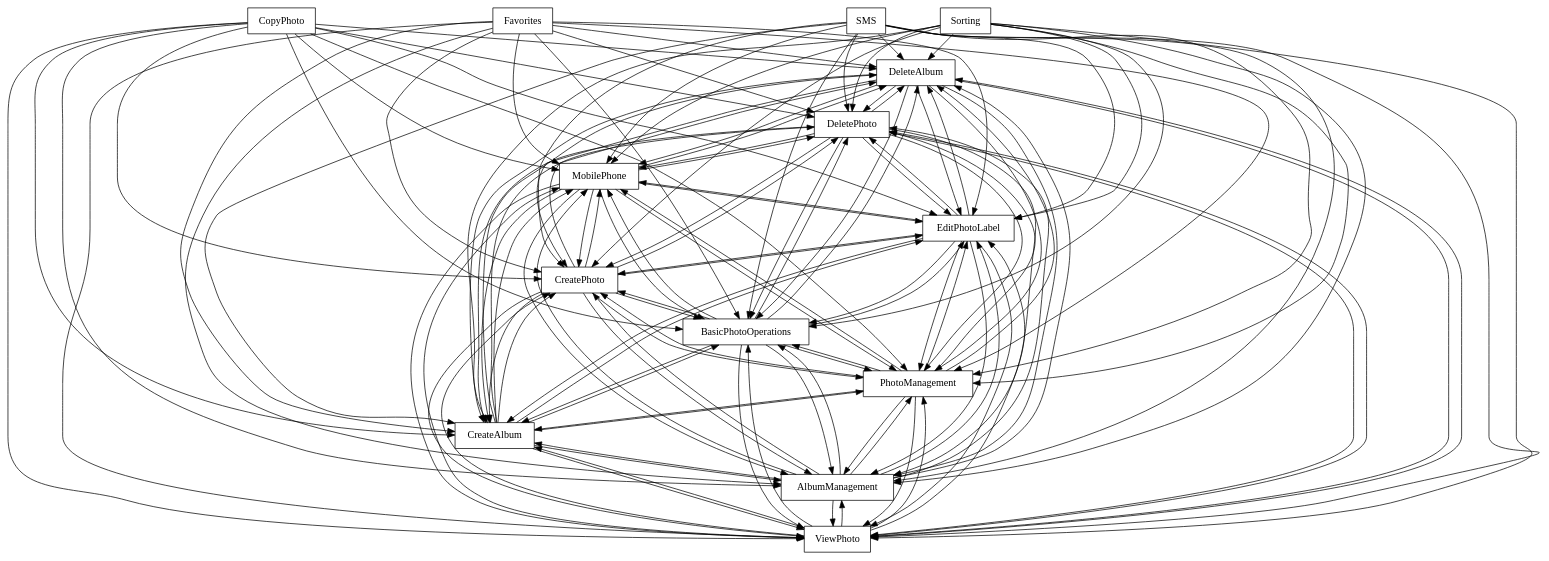
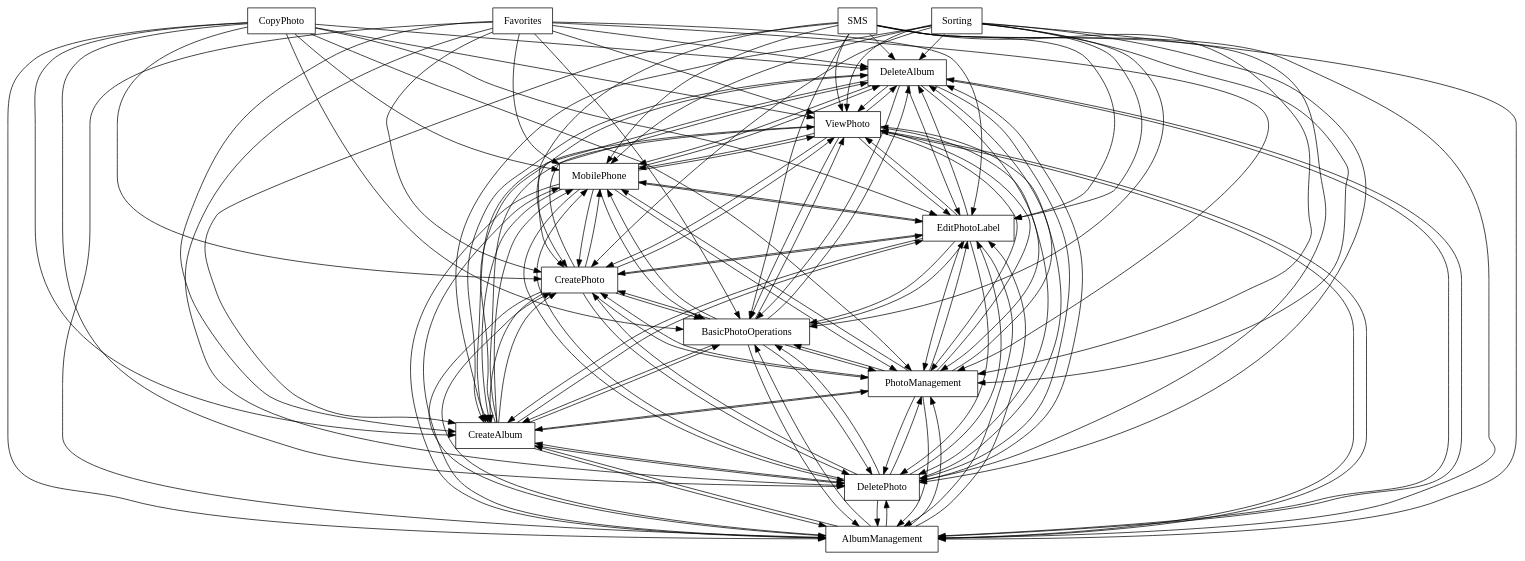
Before and after one commit to FAMILIAR-project/familiar-language: the diagram in FAMILIAR/output/SPLOT-big/fm_86_model_20110525_928187171.xml.dot, drawn with Graphviz. The commit also changed 46 other files, not shown here.

```diff
--- a/FAMILIAR/output/SPLOT-big/fm_86_model_20110525_928187171.xml.dot
+++ b/FAMILIAR/output/SPLOT-big/fm_86_model_20110525_928187171.xml.dot
@@ -1,149 +1,149 @@
 digraph{
 graph [rankdir=TB];
 node [shape=box];
 edge [arrowhead=normal];
 0[label="DeleteAlbum",]
-1[label="DeletePhoto",]
-2[label="ViewPhoto",]
-3[label="AlbumManagement",]
+1[label="ViewPhoto",]
+2[label="AlbumManagement",]
+3[label="DeletePhoto",]
 4[label="CopyPhoto",]
 5[label="Favorites",]
 6[label="CreateAlbum",]
 7[label="PhotoManagement",]
 8[label="BasicPhotoOperations",]
 9[label="CreatePhoto",]
 10[label="Sorting",]
 11[label="EditPhotoLabel",]
 12[label="MobilePhone",]
 13[label="SMS",]
 0->1[label="",]
 0->2[label="",]
 0->3[label="",]
 0->6[label="",]
 0->7[label="",]
 0->8[label="",]
 0->9[label="",]
 0->11[label="",]
 0->12[label="",]
 1->0[label="",]
 1->2[label="",]
 1->3[label="",]
 1->6[label="",]
 1->7[label="",]
 1->8[label="",]
 1->9[label="",]
 1->11[label="",]
 1->12[label="",]
 2->0[label="",]
 2->1[label="",]
 2->3[label="",]
 2->6[label="",]
 2->7[label="",]
 2->8[label="",]
 2->9[label="",]
 2->11[label="",]
 2->12[label="",]
 3->0[label="",]
 3->1[label="",]
 3->2[label="",]
 3->6[label="",]
 3->7[label="",]
 3->8[label="",]
 3->9[label="",]
 3->11[label="",]
 3->12[label="",]
 4->0[label="",]
 4->1[label="",]
 4->2[label="",]
 4->3[label="",]
 4->6[label="",]
 4->7[label="",]
 4->8[label="",]
 4->9[label="",]
 4->11[label="",]
 4->12[label="",]
 5->0[label="",]
 5->1[label="",]
 5->2[label="",]
 5->3[label="",]
 5->6[label="",]
 5->7[label="",]
 5->8[label="",]
 5->9[label="",]
 5->11[label="",]
 5->12[label="",]
 6->0[label="",]
 6->1[label="",]
 6->2[label="",]
 6->3[label="",]
 6->7[label="",]
 6->8[label="",]
 6->9[label="",]
 6->11[label="",]
 6->12[label="",]
 7->0[label="",]
 7->1[label="",]
 7->2[label="",]
 7->3[label="",]
 7->6[label="",]
 7->8[label="",]
 7->9[label="",]
 7->11[label="",]
 7->12[label="",]
 8->0[label="",]
 8->1[label="",]
 8->2[label="",]
 8->3[label="",]
 8->6[label="",]
 8->7[label="",]
 8->9[label="",]
 8->11[label="",]
 8->12[label="",]
 9->0[label="",]
 9->1[label="",]
 9->2[label="",]
 9->3[label="",]
 9->6[label="",]
 9->7[label="",]
 9->8[label="",]
 9->11[label="",]
 9->12[label="",]
 10->0[label="",]
 10->1[label="",]
 10->2[label="",]
 10->3[label="",]
 10->6[label="",]
 10->7[label="",]
 10->8[label="",]
 10->9[label="",]
 10->11[label="",]
 10->12[label="",]
 11->0[label="",]
 11->1[label="",]
 11->2[label="",]
 11->3[label="",]
 11->6[label="",]
 11->7[label="",]
 11->8[label="",]
 11->9[label="",]
 11->12[label="",]
 12->0[label="",]
 12->1[label="",]
 12->2[label="",]
 12->3[label="",]
 12->6[label="",]
 12->7[label="",]
 12->8[label="",]
 12->9[label="",]
 12->11[label="",]
 13->0[label="",]
 13->1[label="",]
 13->2[label="",]
 13->3[label="",]
 13->6[label="",]
 13->7[label="",]
 13->8[label="",]
 13->9[label="",]
 13->11[label="",]
 13->12[label="",]
 }
```
